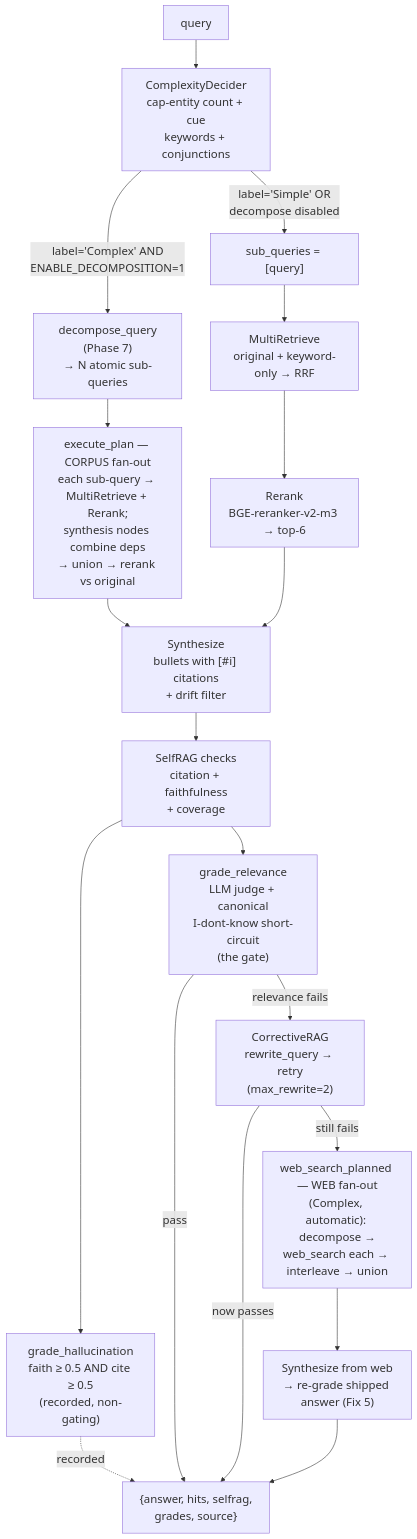
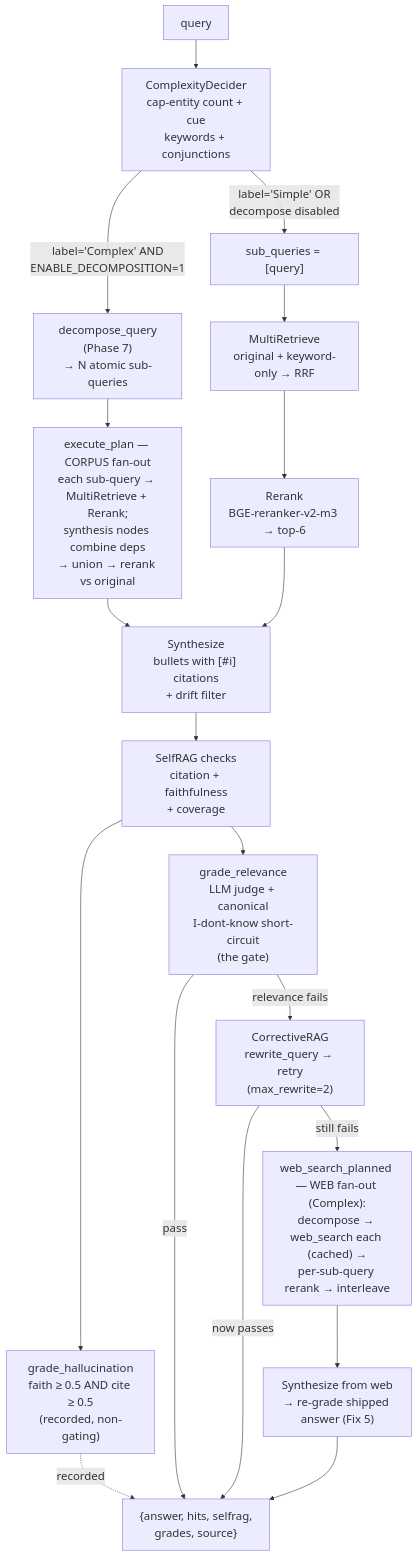
Before and after one commit to shaneliuyx/agent-development-curriculum: diagram 12 of 14 in Week 3.7 - Agentic RAG.md, drawn with Mermaid. The commit also changed other lines of this file, not shown here.

Commit message:
docs(w3.7): re-sync Phase 6 code to shared web_search; +shared module block, diagram, walkthrough, Fix 6 (accuracy+cache+shared)

````diff
--- a/Week 3.7 - Agentic RAG.md
+++ b/Week 3.7 - Agentic RAG.md
@@ -1514,22 +1524,22 @@
 ```mermaid
 %%{init: {'theme':'default', 'themeVariables': {'fontSize':'20px'}}}%%
 flowchart TD
   Q["query"] --> DC["ComplexityDecider<br/>cap-entity count + cue<br/>keywords + conjunctions"]
   DC -->|"label='Complex' AND<br/>ENABLE_DECOMPOSITION=1"| DEC["decompose_query<br/>(Phase 7)<br/>→ N atomic sub-queries"]
   DC -->|"label='Simple' OR<br/>decompose disabled"| SQ["sub_queries = [query]"]
   DEC --> EP["execute_plan — CORPUS fan-out<br/>each sub-query → MultiRetrieve + Rerank;<br/>synthesis nodes combine deps<br/>→ union → rerank vs original"]
   SQ --> MR["MultiRetrieve<br/>original + keyword-only → RRF"]
   MR --> RR["Rerank<br/>BGE-reranker-v2-m3 → top-6"]
   EP --> SY["Synthesize<br/>bullets with [#i] citations<br/>+ drift filter"]
   RR --> SY
   SY --> SR["SelfRAG checks<br/>citation + faithfulness<br/>+ coverage"]
   SR --> GH["grade_hallucination<br/>faith ≥ 0.5 AND cite ≥ 0.5<br/>(recorded, non-gating)"]
   SR --> GR["grade_relevance<br/>LLM judge + canonical<br/>I-dont-know short-circuit<br/>(the gate)"]
   GH -.->|"recorded"| OUT["{answer, hits, selfrag,<br/>grades, source}"]
   GR -->|"pass"| OUT
   GR -->|"relevance fails"| CRAG["CorrectiveRAG<br/>rewrite_query → retry<br/>(max_rewrite=2)"]
   CRAG -->|"now passes"| OUT
-  CRAG -->|"still fails"| FALLBACK["web_search_planned — WEB fan-out<br/>(Complex, automatic): decompose →<br/>web_search each → interleave → union"]
+  CRAG -->|"still fails"| FALLBACK["web_search_planned — WEB fan-out (Complex):<br/>decompose → web_search each (cached) →<br/>per-sub-query rerank → interleave"]
   FALLBACK --> WSY["Synthesize from web<br/>→ re-grade shipped answer (Fix 5)"]
   WSY --> OUT
 ```
````
